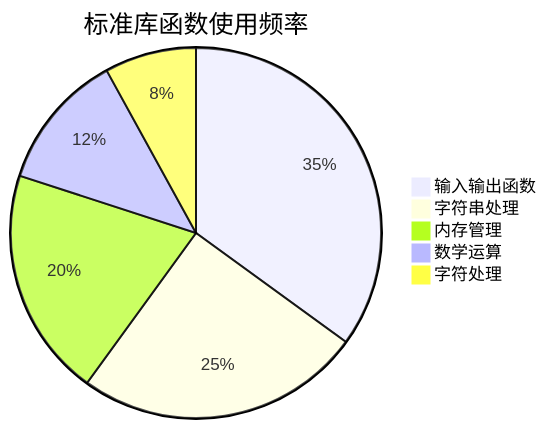
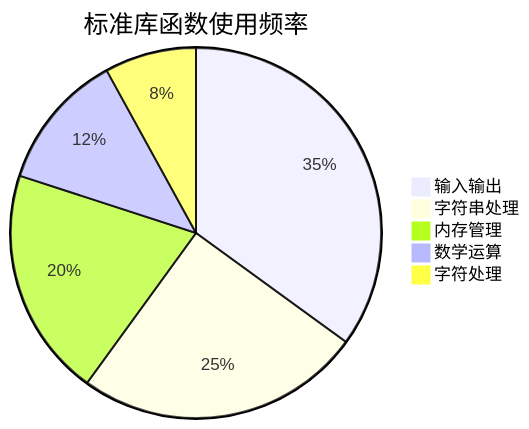
Before and after one commit to hulu798/C-Notes: diagram 11 of 15 in README.md, drawn with Mermaid. The commit also changed other lines of this file, not shown here.

````diff
--- a/README.md
+++ b/README.md
@@ -574,8 +394,8 @@
 ```mermaid
 pie title 标准库函数使用频率
-    "输入输出函数" : 35
+    "输入输出" : 35
     "字符串处理" : 25
     "内存管理" : 20
     "数学运算" : 12
     "字符处理" : 8
 ```
````
